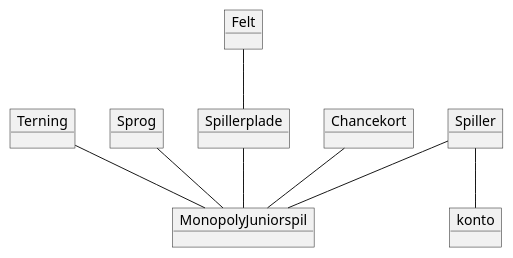
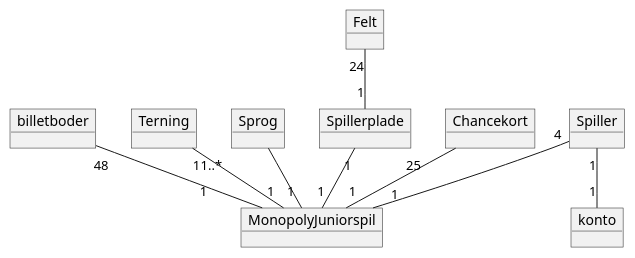
The diagram in diagrams/DM_Diagram.puml (Greve2001/CDIO3), drawn with PlantUML before and after one commit.

Commit message:
Updated domain model

```diff
--- a/diagrams/DM_Diagram.puml
+++ b/diagrams/DM_Diagram.puml
@@ -1,21 +1,25 @@
 @startuml
 'https://plantuml.com/object-diagram
 
+object billetboder{
+}
 object Spiller
 object Terning
 object Sprog
 object MonopolyJuniorspil
 object konto
 object Spillerplade
 object Felt
 object Chancekort
-Sprog -- MonopolyJuniorspil
-Felt -- Spillerplade
-Spillerplade -- MonopolyJuniorspil
-Spiller -- konto
-Spiller -- MonopolyJuniorspil
-Terning -- MonopolyJuniorspil
-Chancekort -- MonopolyJuniorspil
+
+billetboder "48       " -- "1          " MonopolyJuniorspil
+Sprog "1..*              " --"1 " MonopolyJuniorspil
+Felt "24" -- "1" Spillerplade
+Spillerplade "1" -- "1" MonopolyJuniorspil
+Spiller "1" -- "1" konto
+Spiller "4" -- "1             " MonopolyJuniorspil
+Terning "1" -- "1" MonopolyJuniorspil
+Chancekort "25      " -- "1" MonopolyJuniorspil
 
 
 @enduml
```
